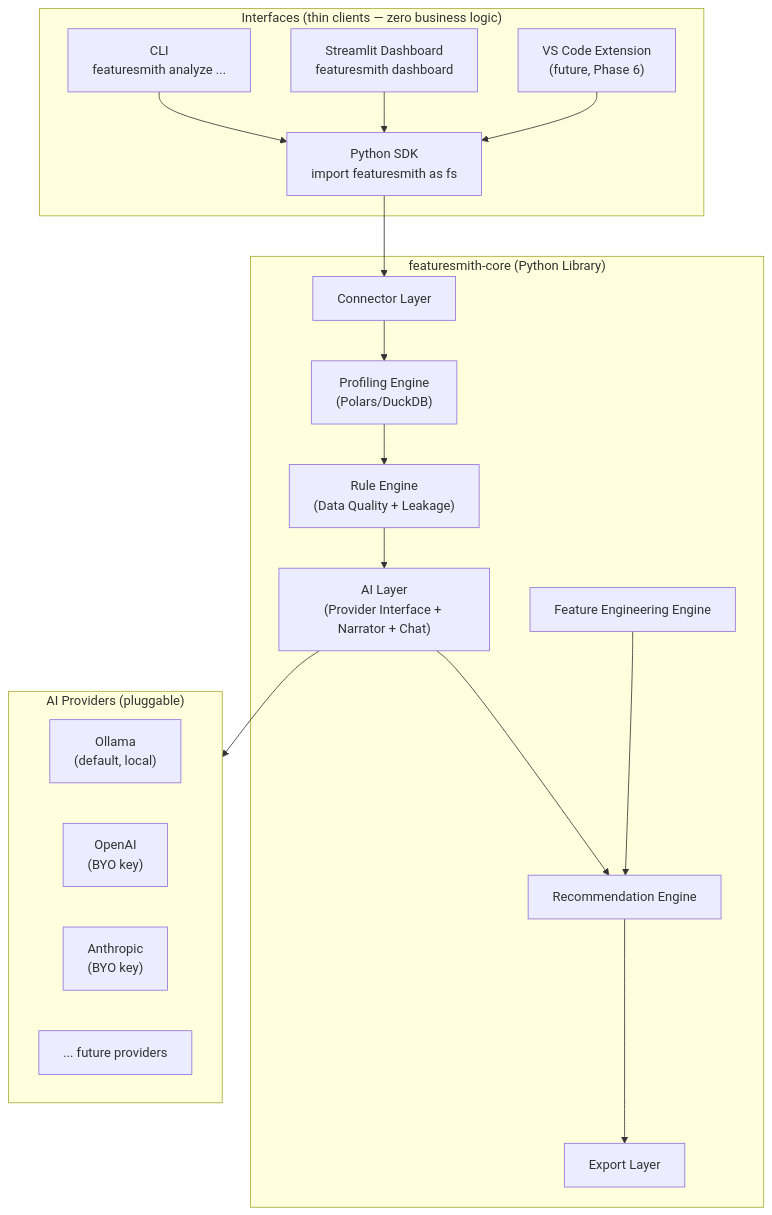
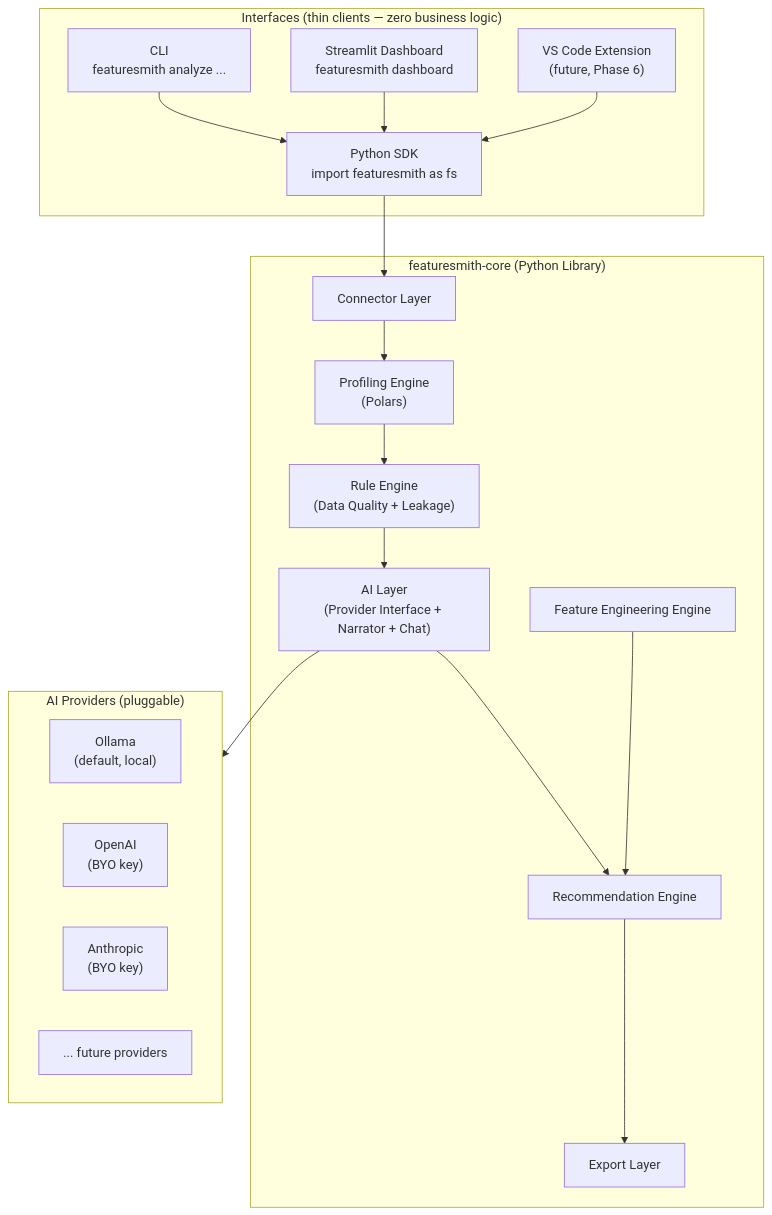
One commit to adityagangwani30/FeatureSmith changed the first of 5 diagrams in docs/Architecture.md. Above: the diagram before and after it, drawn with Mermaid. The commit also changed other lines of this file and 63 other files, not shown here.

````diff
--- a/docs/Architecture.md
+++ b/docs/Architecture.md
@@ -15,35 +15,35 @@
 ```mermaid
 flowchart TB
     subgraph Surfaces["Interfaces (thin clients — zero business logic)"]
         SDK["Python SDK\nimport featuresmith as fs"]
         CLI["CLI\nfeaturesmith analyze ..."]
         DASH["Streamlit Dashboard\nfeaturesmith dashboard"]
         VSC["VS Code Extension\n(future, Phase 6)"]
     end
 
     subgraph Core["featuresmith-core (Python Library)"]
         CONN[Connector Layer]
-        PROF["Profiling Engine\n(Polars/DuckDB)"]
+        PROF["Profiling Engine\n(Polars)"]
         RULES["Rule Engine\n(Data Quality + Leakage)"]
         FEENG[Feature Engineering Engine]
         AI["AI Layer\n(Provider Interface + Narrator + Chat)"]
         REC[Recommendation Engine]
         EXPORT[Export Layer]
     end
 
     subgraph Providers["AI Providers (pluggable)"]
         OLLAMA["Ollama\n(default, local)"]
         OPENAI["OpenAI\n(BYO key)"]
         ANTH["Anthropic\n(BYO key)"]
         FUTURE["... future providers"]
     end
 
     SDK --> CONN
     CLI --> SDK
     DASH --> SDK
     VSC --> SDK
 
     CONN --> PROF --> RULES --> AI --> REC --> EXPORT
     FEENG --> REC
     AI --> Providers
 ```
````
